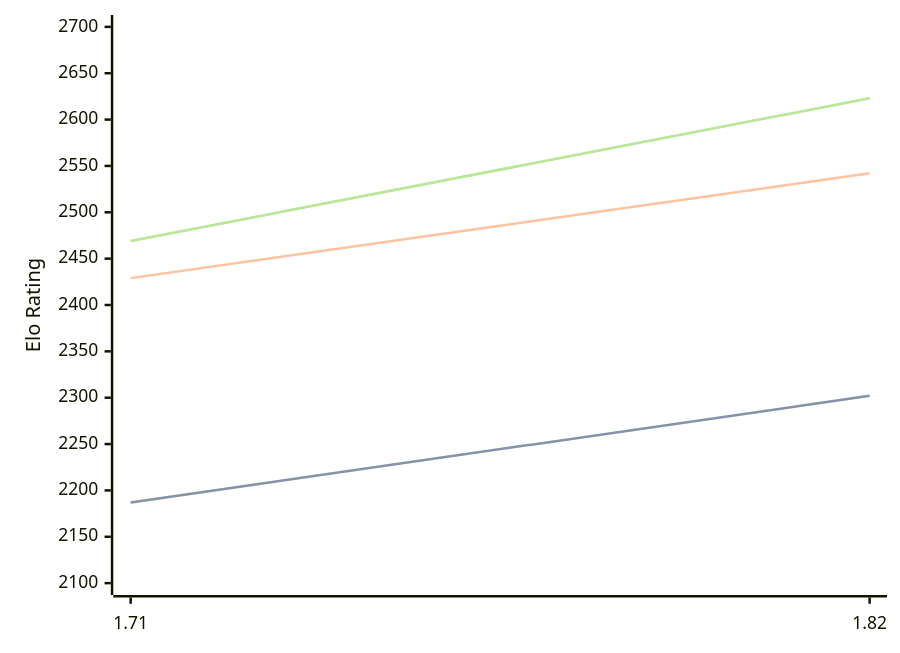
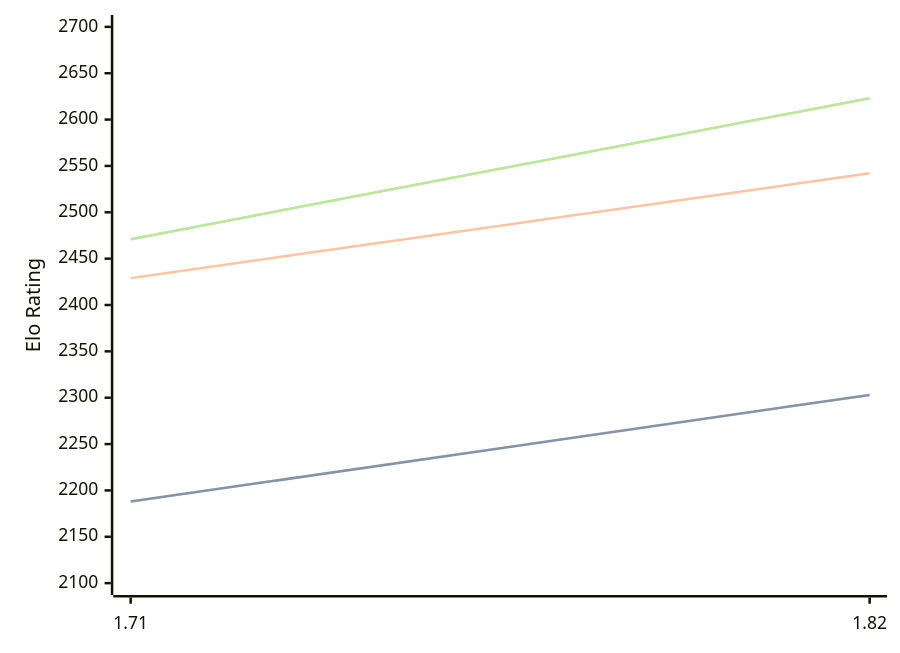
Before and after one commit to computer-chess-index/cci: the diagram in engines/Amira.md, drawn with Mermaid. The commit also changed other lines of this file, not shown here.

Commit message:
Update CCI Ratings (ELO VLTC) - 2026-09-06

````diff
--- a/engines/Amira.md
+++ b/engines/Amira.md
@@ -32,11 +32,11 @@
 ```mermaid
 %%{init: {"theme":"base","themeVariables":{"seriesColors:['#a3a3a3','#222221','#faa371']}}}%%
 xychart-beta
   x-axis ["1.71", "1.82"]
   y-axis "Elo Rating" 2100 --> 2700
-  line "" [2187, 2302]
-  line "STC (8.0+0.08s)" [2187, 2302]
+  line "" [2188, 2303]
+  line "STC (8.0+0.08s)" [2188, 2303]
   line "LTC (60.0+0.60s)" [2429, 2542]
-  line "" [2469, 2623]
-  line "VLTC (2m24s+1.12s)" [2469, 2623]
+  line "" [2471, 2623]
+  line "VLTC (2m24s+1.12s)" [2471, 2623]
 ```
````
